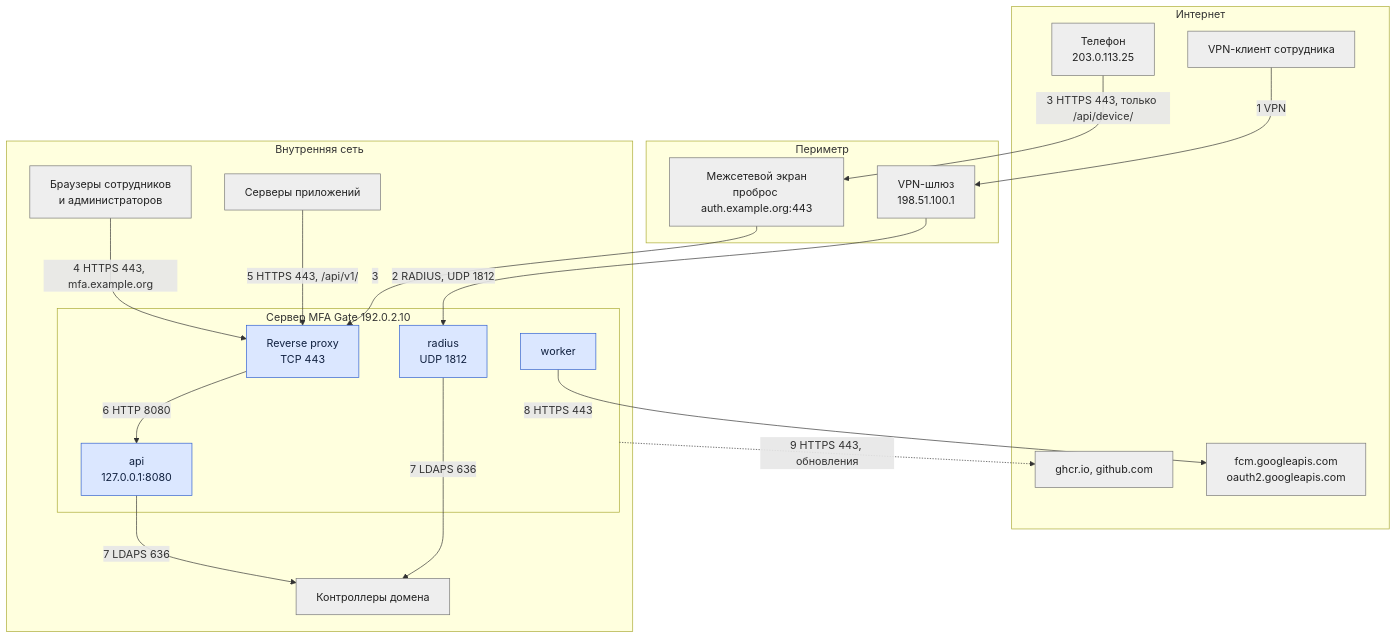
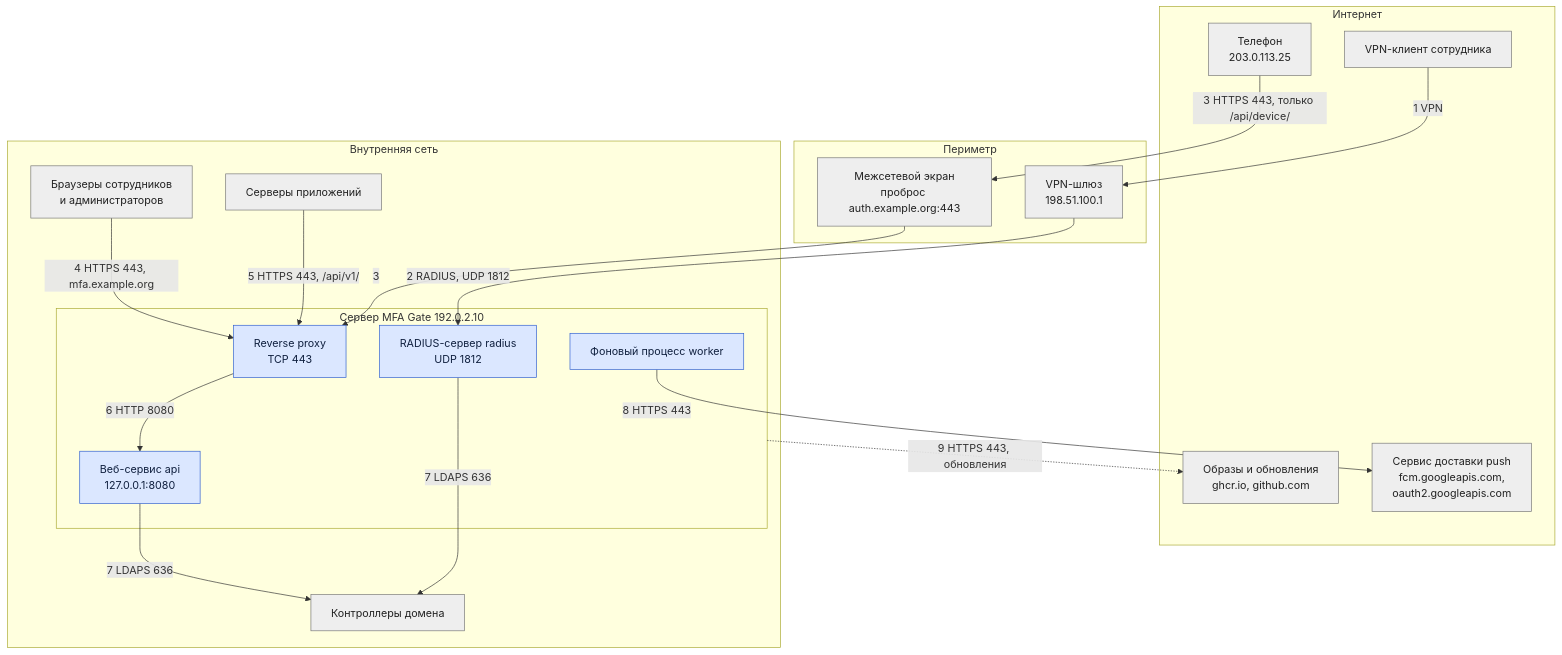
One commit to calleograph/mfa-gate changed the first of 2 diagrams in wiki/Сетевая-схема-и-публикация.md. Above: the diagram before and after it, drawn with Mermaid. The commit also changed other lines of this file and 66 other files, not shown here.

````diff
--- a/wiki/Сетевая-схема-и-публикация.md
+++ b/wiki/Сетевая-схема-и-публикация.md
@@ -17,36 +17,36 @@
 ```mermaid
 flowchart TB
   subgraph NET["Интернет"]
     PH["Телефон<br/>203.0.113.25"]:::ext
     VU["VPN-клиент сотрудника"]:::ext
-    FCM["fcm.googleapis.com<br/>oauth2.googleapis.com"]:::ext
-    GH["ghcr.io, github.com"]:::ext
+    FCM["Сервис доставки push<br/>fcm.googleapis.com,<br/>oauth2.googleapis.com"]:::ext
+    GH["Образы и обновления<br/>ghcr.io, github.com"]:::ext
   end
   subgraph DMZ["Периметр"]
     FW["Межсетевой экран<br/>проброс auth.example.org:443"]:::ext
     GW["VPN-шлюз<br/>198.51.100.1"]:::ext
   end
   subgraph LAN["Внутренняя сеть"]
     BR["Браузеры сотрудников<br/>и администраторов"]:::ext
     APP["Серверы приложений"]:::ext
     DC["Контроллеры домена"]:::ext
     subgraph SRV["Сервер MFA Gate 192.0.2.10"]
       RP["Reverse proxy<br/>TCP 443"]:::own
-      API["api<br/>127.0.0.1:8080"]:::own
-      RAD["radius<br/>UDP 1812"]:::own
-      WRK["worker"]:::own
+      API["Веб-сервис api<br/>127.0.0.1:8080"]:::own
+      RAD["RADIUS-сервер radius<br/>UDP 1812"]:::own
+      WRK["Фоновый процесс worker"]:::own
     end
   end
   VU -->|"1 VPN"| GW
   GW -->|"2 RADIUS, UDP 1812"| RAD
   PH -->|"3 HTTPS 443, только /api/device/"| FW
   FW -->|"3"| RP
   BR -->|"4 HTTPS 443, mfa.example.org"| RP
   APP -->|"5 HTTPS 443, /api/v1/"| RP
   RP -->|"6 HTTP 8080"| API
   API & RAD -->|"7 LDAPS 636"| DC
   WRK -->|"8 HTTPS 443"| FCM
   SRV -.->|"9 HTTPS 443, обновления"| GH
   classDef own fill:#dbe7ff,stroke:#2f5fd0,color:#10203f
   classDef ext fill:#eee,stroke:#777,color:#222
 ```
````
